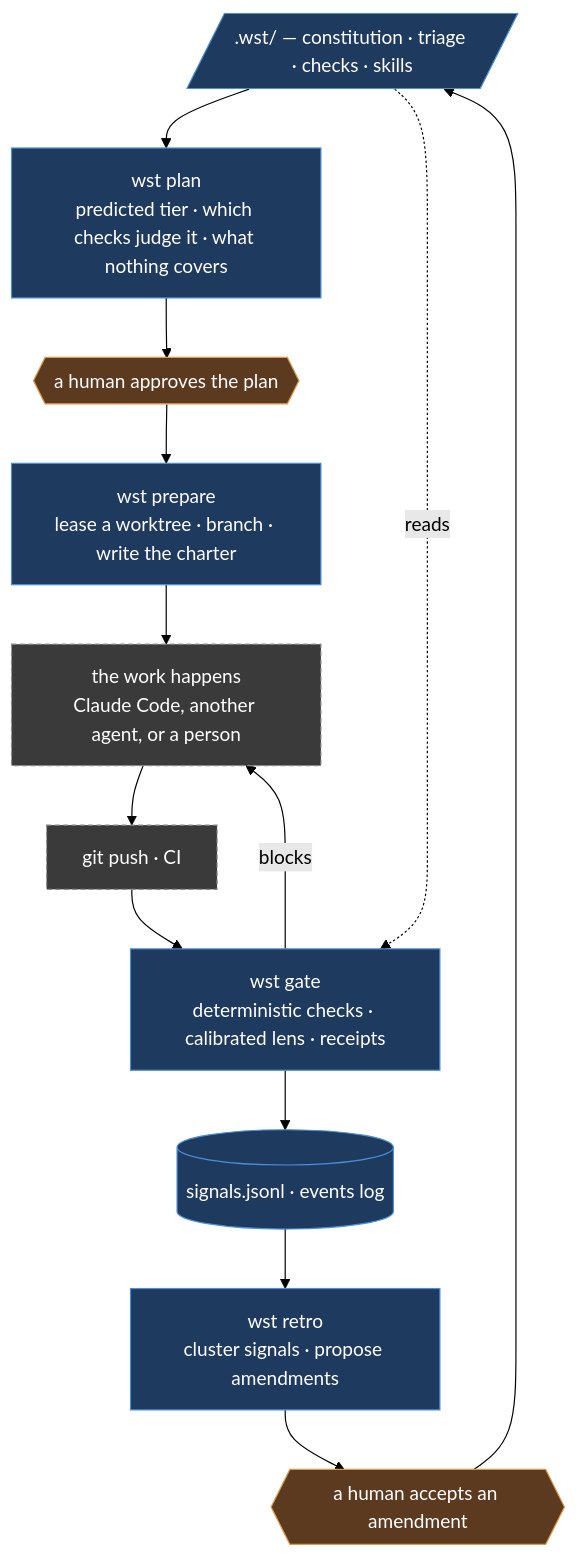
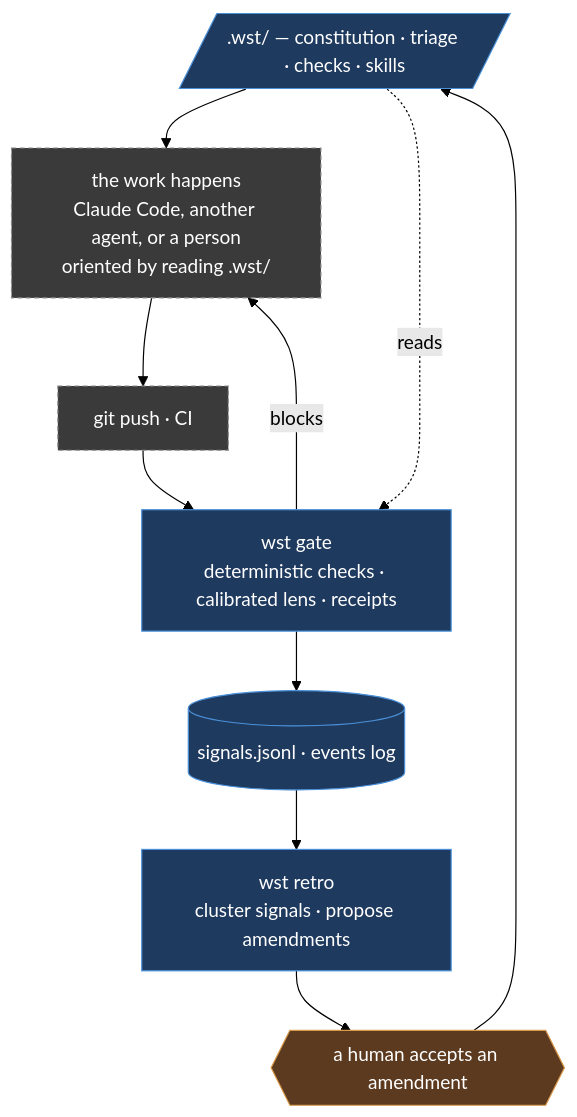
The diagram in docs/architecture.md (Juanmzz/whetstone), drawn with Mermaid (forest theme) before and after one commit. The commit also changed other lines of this file and 27 other files, not shown here.

First line of the commit message:
refactor: cut `plan` and `prepare` (adr-0023)

````diff
--- a/docs/architecture.md
+++ b/docs/architecture.md
@@ -34,22 +34,19 @@
 ```mermaid
 flowchart TB
   defs[/".wst/ — constitution · triage · checks · skills"/]:::wst
-  plan["wst plan<br/>predicted tier · which checks judge it · what nothing covers"]:::wst
-  sign1{{"a human approves the plan"}}:::human
-  prep["wst prepare<br/>lease a worktree · branch · write the charter"]:::wst
-  work["the work happens<br/>Claude Code, another agent, or a person"]:::harness
+  work["the work happens<br/>Claude Code, another agent, or a person<br/>oriented by reading .wst/"]:::harness
   push["git push · CI"]:::harness
   gate["wst gate<br/>deterministic checks · calibrated lens · receipts"]:::wst
   sig[("signals.jsonl · events log")]:::wst
   retro["wst retro<br/>cluster signals · propose amendments"]:::wst
   sign2{{"a human accepts an amendment"}}:::human
 
-  defs --> plan --> sign1 --> prep --> work --> push --> gate
+  defs --> work --> push --> gate
   gate -->|blocks| work
   gate --> sig --> retro --> sign2 --> defs
   defs -.reads.-> gate
 
   classDef wst fill:#1f3a5f,stroke:#4a90d9,color:#ffffff
   classDef harness fill:#3a3a3a,stroke:#8a8a8a,color:#ffffff,stroke-dasharray:4 3
   classDef human fill:#5c3a1f,stroke:#d99a4a,color:#ffffff
 ```
````
